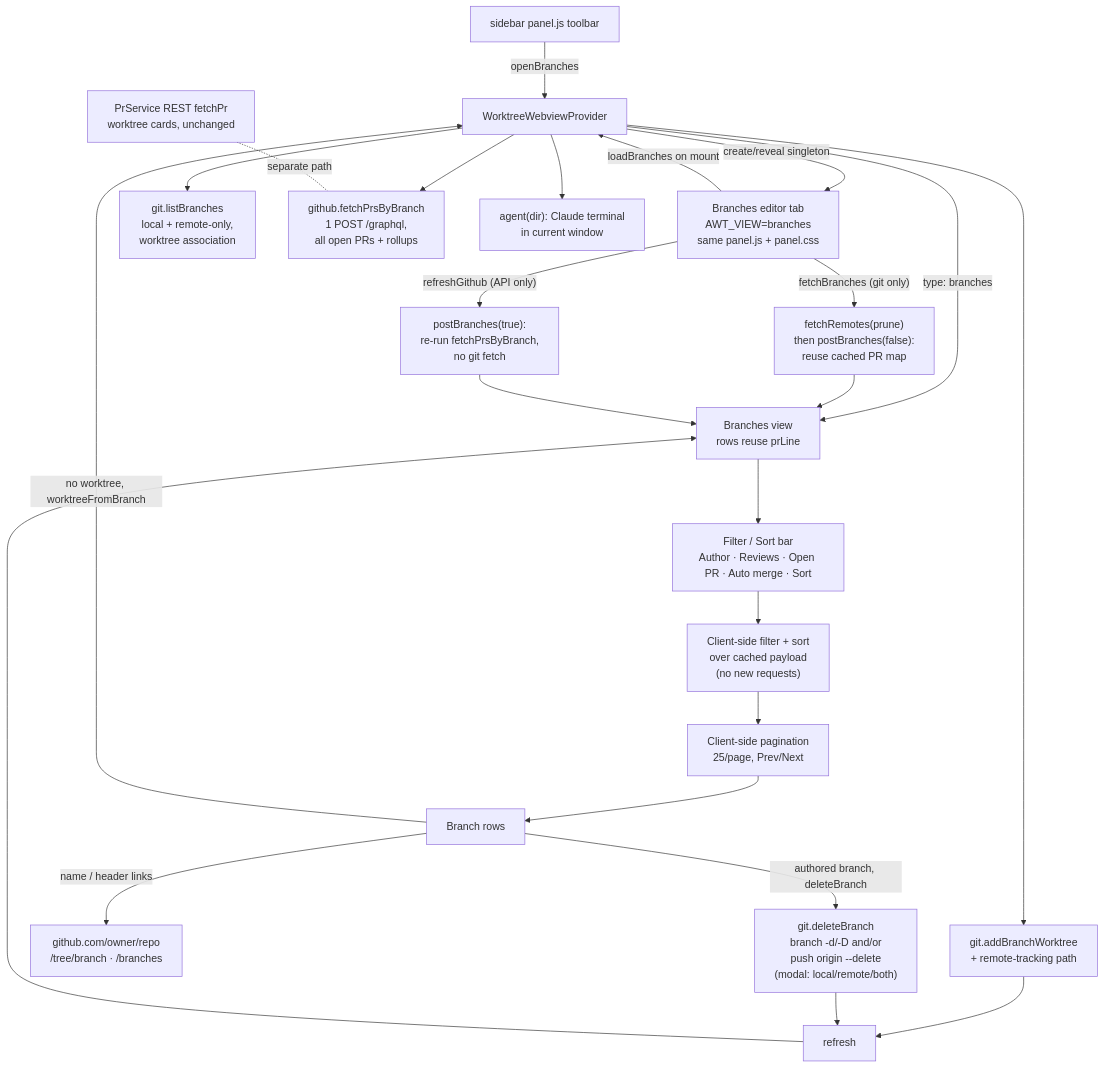
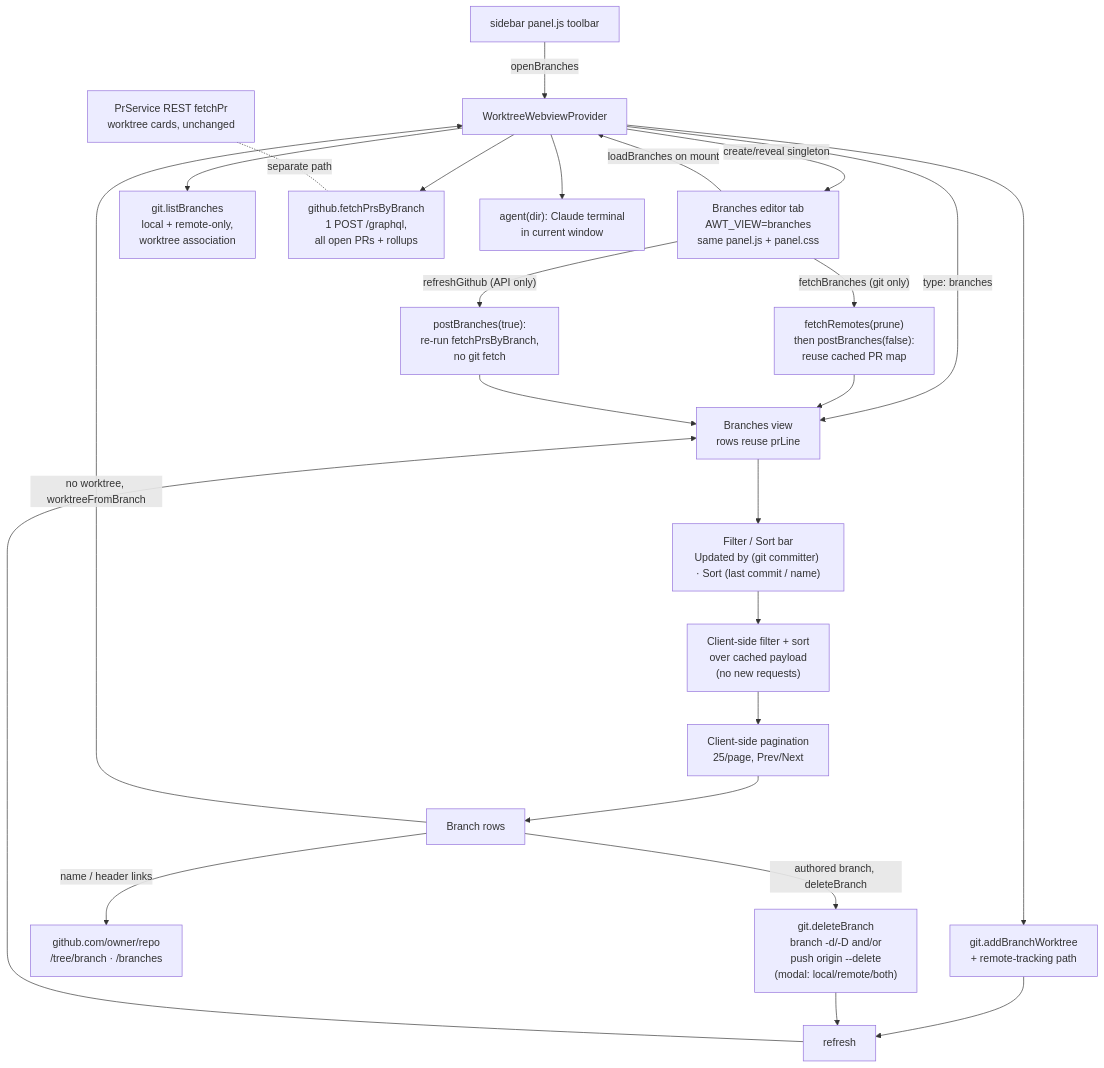
The second of 2 diagrams in README.md (BradenTerry/agent-worktrees), drawn with Mermaid before and after one commit. The commit also changed other lines of this file and 13 other files, not shown here.

First line of the commit message:
Make the branches view git-first; PR shown only as an open-PR hint

````diff
--- a/README.md
+++ b/README.md
@@ -393,25 +398,25 @@
 ```mermaid
 flowchart TD
     TB["sidebar panel.js toolbar"] -->|openBranches| WV[WorktreeWebviewProvider]
     WV -->|create/reveal singleton| EP["Branches editor tab<br/>AWT_VIEW=branches<br/>same panel.js + panel.css"]
     EP -->|loadBranches on mount| WV
     WV --> LB["git.listBranches<br/>local + remote-only,<br/>worktree association"]
     WV --> FPB["github.fetchPrsByBranch<br/>1 POST /graphql,<br/>all open PRs + rollups"]
     WV -->|type: branches| BO["Branches view<br/>rows reuse prLine"]
-    BO --> FB["Filter / Sort bar<br/>Author · Reviews · Open PR · Auto merge · Sort"]
+    BO --> FB["Filter / Sort bar<br/>Updated by (git committer) · Sort (last commit / name)"]
     FB --> CS["Client-side filter + sort<br/>over cached payload<br/>(no new requests)"]
     CS --> PG["Client-side pagination<br/>25/page, Prev/Next"]
     PG --> ROWS[Branch rows]
     ROWS -->|no worktree, worktreeFromBranch| WV
     ROWS -->|"authored branch, deleteBranch"| DB["git.deleteBranch<br/>branch -d/-D and/or<br/>push origin --delete<br/>(modal: local/remote/both)"]
     ROWS -->|"name / header links"| GH["github.com/owner/repo<br/>/tree/branch · /branches"]
     EP -->|"fetchBranches (git only)"| FET["fetchRemotes(prune)<br/>then postBranches(false):<br/>reuse cached PR map"]
     EP -->|"refreshGithub (API only)"| RGH["postBranches(true):<br/>re-run fetchPrsByBranch,<br/>no git fetch"]
     WV --> AW["git.addBranchWorktree<br/>+ remote-tracking path"]
     WV --> AG["agent(dir): Claude terminal<br/>in current window"]
     AW --> RF[refresh] --> BO
     DB --> RF
     FET --> BO
     RGH --> BO
     PRS["PrService REST fetchPr<br/>worktree cards, unchanged"] -. separate path .- FPB
 ```
````
